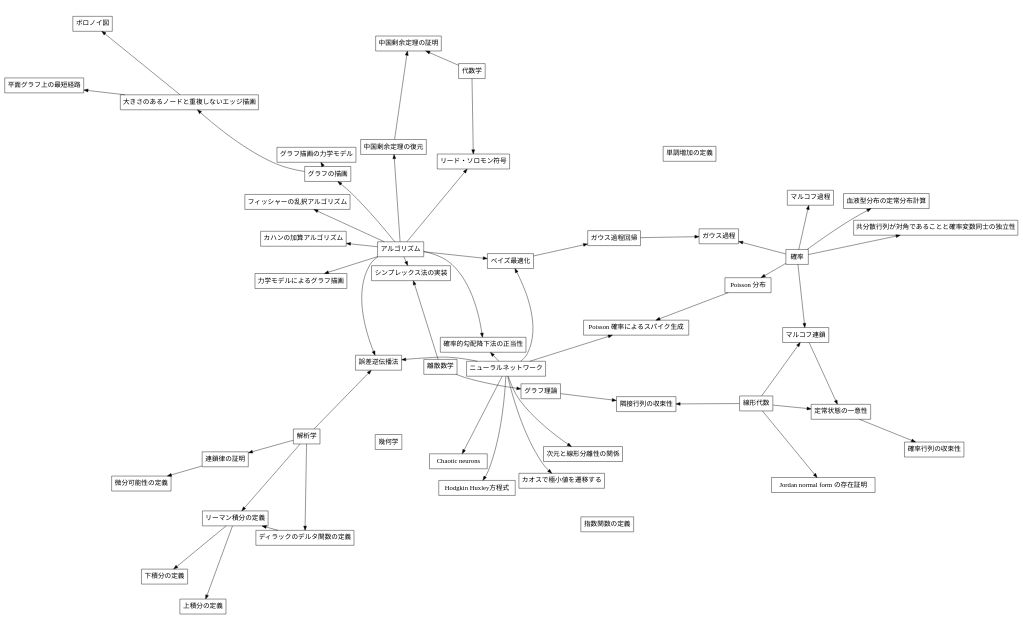
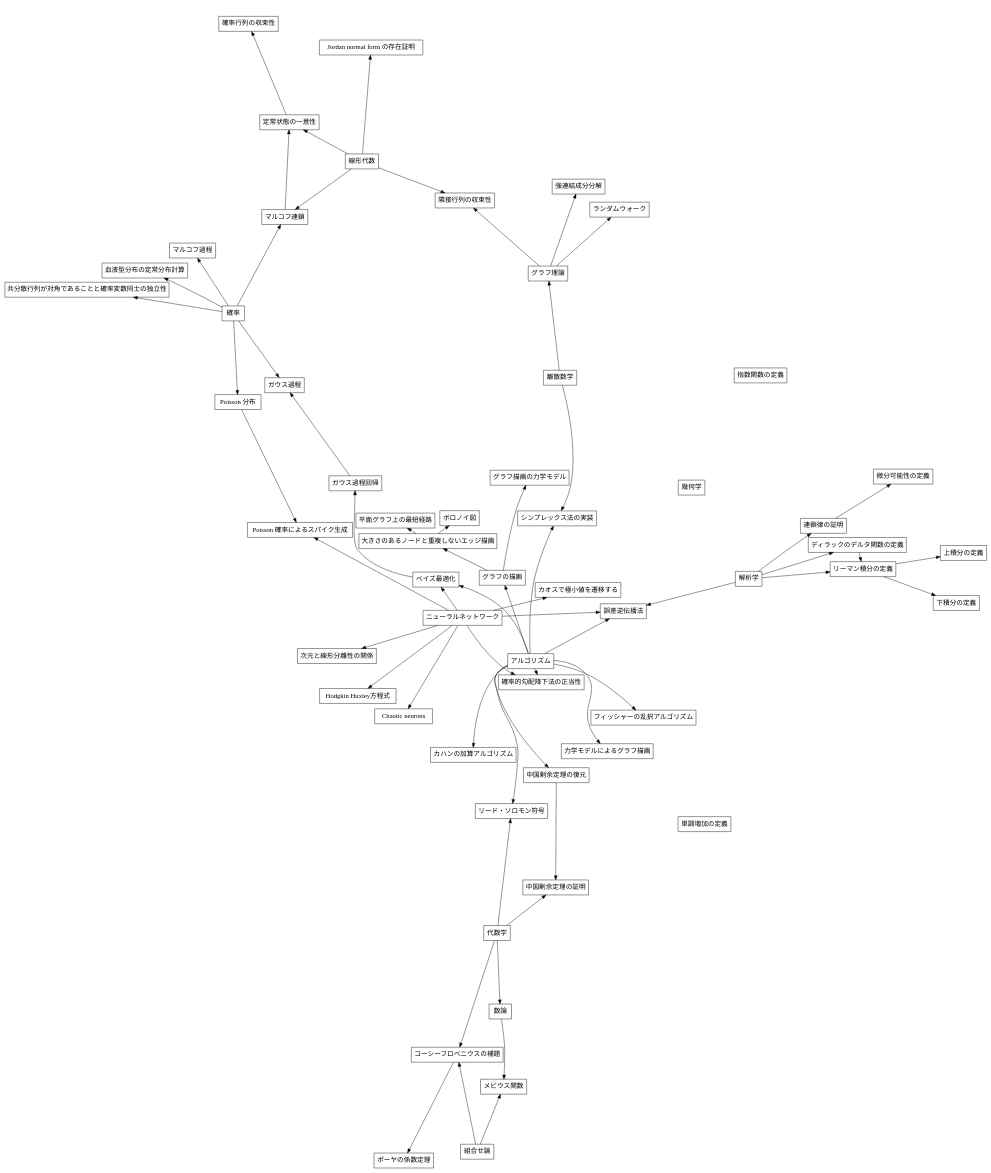
The diagram in todo/master.dot (muushi97/notes), drawn with Graphviz before and after one commit. The commit also changed other lines of this file and 1 other file, not shown here.

```diff
--- a/todo/master.dot
+++ b/todo/master.dot
@@ -1,134 +1,149 @@
 digraph graph_name {
   graph [
     charset = "UTF-8";
     label = "todo",
     labelloc = "t",
     labeljust = "c",
     bgcolor = "#ffffff",
     fontcolor = white,
     fontsize = 18,
     style = "filled",
     rankdir = TB,
     margin = 0.2,
     splines = spline,
     ranksep = 1.0,
     nodesep = 0.9,
     //layout = dot
     layout = fdp
   ];
 
   node [
     colorscheme = "rdylgn11"
     style = "solid,filled",
     shape = box,
     fontsize = 16,
     fontcolor = black,
     fontname = "Migu 1M",
     color = black,
     fillcolor = white,
   ];
 
 
   // edge define
   "ニューラルネットワーク";
   "解析学"
   "代数学";
   "幾何学";
   "線形代数";
   "確率";
+  "組合せ論";
   "離散数学";
   { "離散数学" } -> "グラフ理論";
+  { "代数学" } -> "数論";
   "アルゴリズム";
 
   "単調増加の定義";
   "指数関数の定義";
 
   { "解析学" }                          -> "連鎖律の証明";
 
   { "連鎖律の証明" }                    -> "微分可能性の定義";
 
   { "解析学" }                          -> "ディラックのデルタ関数の定義";
 
   { "解析学";
     "ディラックのデルタ関数の定義" }    -> "リーマン積分の定義";
 
   { "リーマン積分の定義" }              -> "上積分の定義";
 
   { "リーマン積分の定義" }              -> "下積分の定義";
 
   { "確率" }                            -> "マルコフ過程";
 
   { "確率" }                            -> "Poisson 分布";
 
   { "確率" }                            -> "共分散行列が対角であることと確率変数同士の独立性";
 
   { "確率" }                            -> "血液型分布の定常分布計算";
 
   { "ベイズ最適化" }                    -> "ガウス過程回帰";
 
   { "確率";
     "ガウス過程回帰" }                  -> "ガウス過程";
 
   { "グラフ理論";
     "線形代数" }                        -> "隣接行列の収束性";
 
   { "線形代数" }                        -> "Jordan normal form の存在証明";
 
   { "線形代数";
     "確率" }                            -> "マルコフ連鎖";
 
   { "マルコフ連鎖";
     "線形代数" }                        -> "定常状態の一意性";
 
   { "定常状態の一意性" }                -> "確率行列の収束性";
 
   { "アルゴリズム" }                    -> "中国剰余定理の復元";
 
   { "代数学";
     "中国剰余定理の復元" }              -> "中国剰余定理の証明";
 
   { "ニューラルネットワーク" }          -> "Hodgkin Huxley方程式";
 
   { "ニューラルネットワーク";
     "アルゴリズム" }                    -> "確率的勾配降下法の正当性";
 
   { "ニューラルネットワーク";
     "Poisson 分布" }                    -> "Poisson 確率によるスパイク生成";
 
   { "ニューラルネットワーク" }          -> "次元と線形分離性の関係";
 
   { "ニューラルネットワーク" }          -> "Chaotic neurons";
 
   { "ニューラルネットワーク";
     "アルゴリズム" }                    -> "ベイズ最適化";
 
   { "ニューラルネットワーク" }          -> "カオスで極小値を遷移する";
   // ホップフィールドモデルだとエネルギー関数の極小値に記憶がうめこまれる
   // カオスニューラルネットのひとつがホップフィールドネットワークで、海馬でもカオスがみられてる
   // カオスんニューラルネットワークならうまくやればエネルギーの極小値にしばらく留まってから別の極小値へ遷移するようになる
   // これを利用すればネットワークが記憶した内容をとりだせる
 
 
   { "アルゴリズム" }                    -> "フィッシャーの乱択アルゴリズム";
 
   { "アルゴリズム" }                    -> "カハンの加算アルゴリズム";
 
   { "アルゴリズム";
     "離散数学" }                        -> "シンプレックス法の実装";
 
   { "アルゴリズム" }                    -> "力学モデルによるグラフ描画";
 
   { "アルゴリズム" }                    -> "グラフの描画";
   { "グラフの描画" }                    -> "グラフ描画の力学モデル";
 
   { "グラフの描画" }                    -> "大きさのあるノードと重複しないエッジ描画";
   { "大きさのあるノードと重複しないエッジ描画" } -> "ボロノイ図";
   { "大きさのあるノードと重複しないエッジ描画" } -> "平面グラフ上の最短経路";
 
   { "ニューラルネットワーク";
     "解析学";
     "アルゴリズム" }                    -> "誤差逆伝播法";
 
   { "代数学";
     "アルゴリズム" }                    -> "リード・ソロモン符号";
+
+  { "代数学";
+    "組合せ論" }                        -> "コーシーフロベニウスの補題";
+
+  { "コーシーフロベニウスの補題" }      -> "ポーヤの係数定理";
+
+  { "グラフ理論" }                      -> "強連結成分分解";
+
+  { "グラフ理論" }                      -> "ランダムウォーク";
+
+
+  { "数論";
+    "組合せ論" }                        -> "メビウス関数";
 }
```
